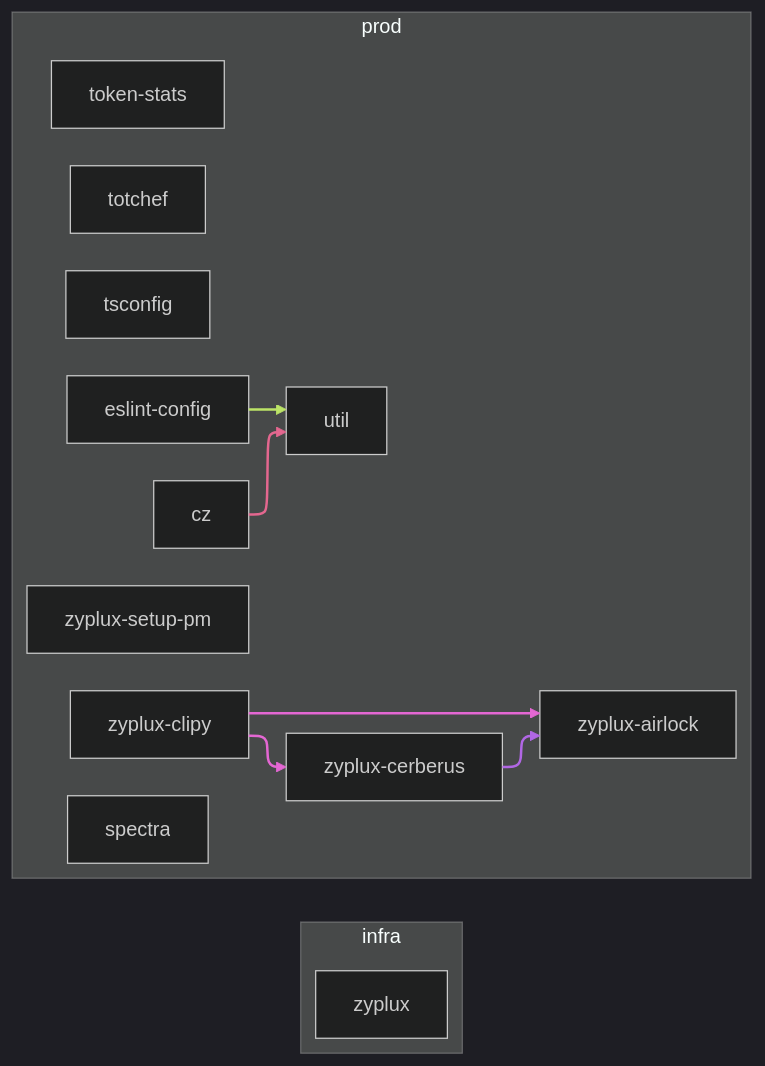
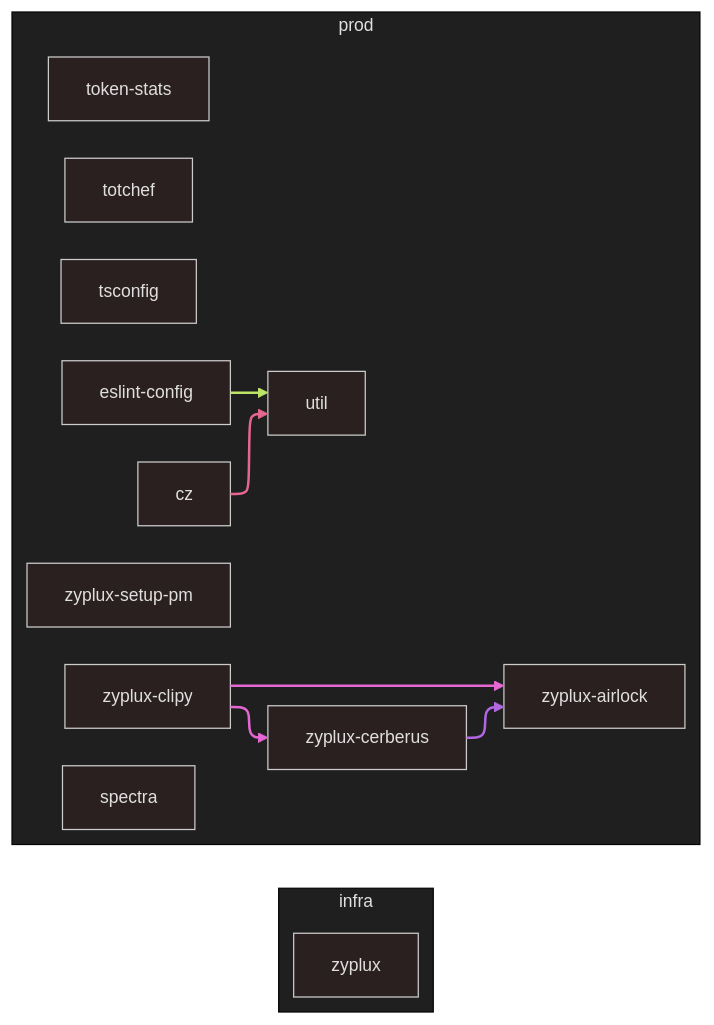
Before and after one commit to zyplux/zyplux: the diagram in WORKSPACE_GRAPH.md, drawn with Mermaid. The commit also changed 2 other files, not shown here.

Commit message:
style(cz): use neo-dark workspace graph theme

````diff
--- a/WORKSPACE_GRAPH.md
+++ b/WORKSPACE_GRAPH.md
@@ -5,38 +5,38 @@
 ```mermaid
 ---
 config:
-  theme: dark
+  theme: neo-dark
   layout: elk
 ---
 flowchart LR
     subgraph group_infra["infra"]
         ws_0["zyplux"]
     end
     subgraph group_prod["prod"]
         ws_1["zyplux-setup-pm"]
         ws_2["zyplux-airlock"]
         ws_3["zyplux-cerberus"]
         ws_4["zyplux-clipy"]
         ws_5["cz"]
         ws_6["token-stats"]
         ws_7["totchef"]
         ws_8["eslint-config"]
         ws_9["spectra"]
         ws_10["tsconfig"]
         ws_11["util"]
     end
     ws_3 ws_3__ws_2@--> ws_2
     classDef ws_3_edges stroke:#b167e4,stroke-width:2px
     class ws_3__ws_2 ws_3_edges
     ws_4 ws_4__ws_2@--> ws_2
     ws_4 ws_4__ws_3@--> ws_3
     classDef ws_4_edges stroke:#e467d3,stroke-width:2px
     class ws_4__ws_2,ws_4__ws_3 ws_4_edges
     ws_5 ws_5__ws_11@--> ws_11
     classDef ws_5_edges stroke:#e4678f,stroke-width:2px
     class ws_5__ws_11 ws_5_edges
     ws_8 ws_8__ws_11@--> ws_11
     classDef ws_8_edges stroke:#bce467,stroke-width:2px
     class ws_8__ws_11 ws_8_edges
     classDef foundation fill:#2b2b2b,stroke:#888,stroke-dasharray:5 5
 ```
````
